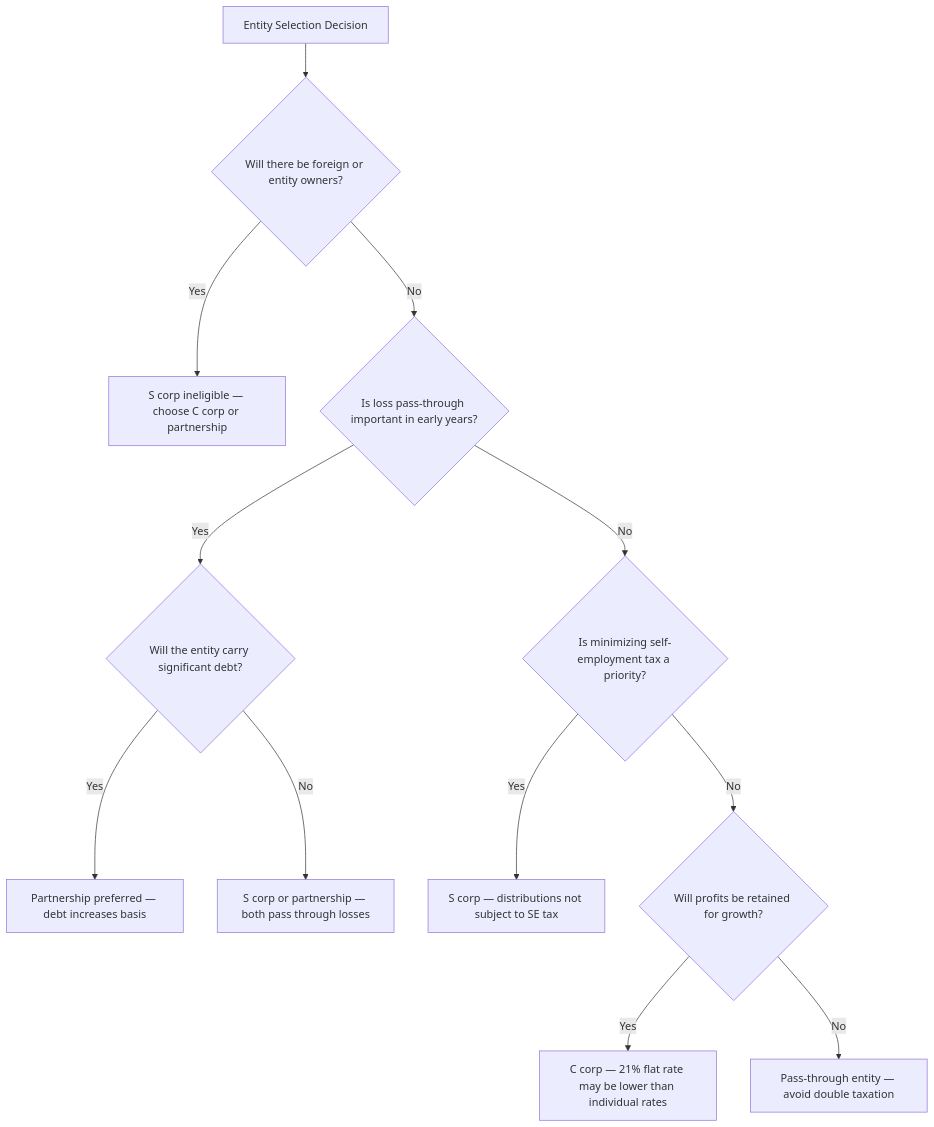
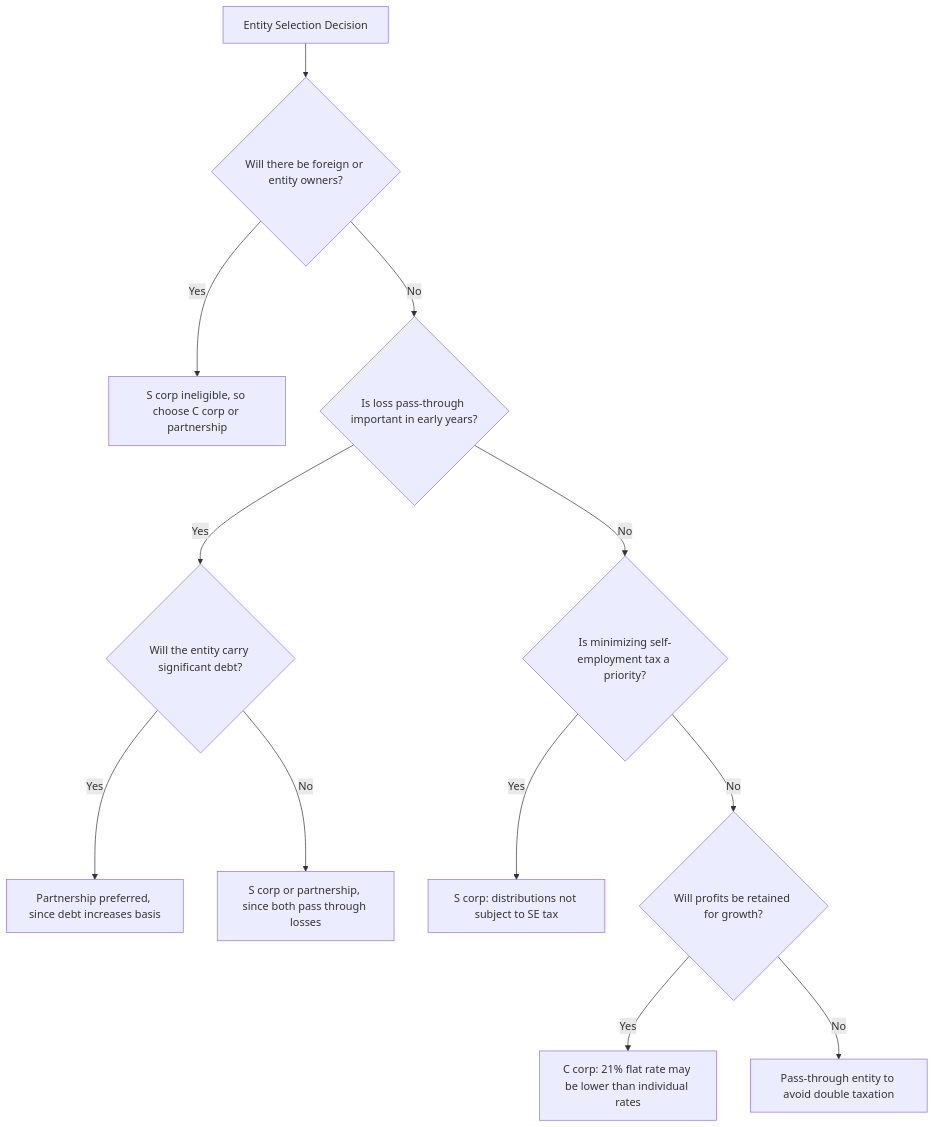
Before and after one commit to subwaymatch/cpabear-book: the diagram in docs/tcp/entity-tax-planning/formation-and-liquidation.md, drawn with Mermaid. The commit also changed other lines of this file and 222 other files, not shown here.

````diff
--- a/docs/tcp/entity-tax-planning/formation-and-liquidation.md
+++ b/docs/tcp/entity-tax-planning/formation-and-liquidation.md
@@ -36,14 +36,14 @@
 ```mermaid
 flowchart TD
     A[Entity Selection Decision] --> B{"Will there be foreign or entity owners?"}
-    B -->|Yes| C["S corp ineligible — choose C corp or partnership"]
+    B -->|Yes| C["S corp ineligible, so choose C corp or partnership"]
     B -->|No| D{"Is loss pass-through important in early years?"}
     D -->|Yes| E{"Will the entity carry significant debt?"}
-    E -->|Yes| F["Partnership preferred — debt increases basis"]
-    E -->|No| G["S corp or partnership — both pass through losses"]
+    E -->|Yes| F["Partnership preferred, since debt increases basis"]
+    E -->|No| G["S corp or partnership, since both pass through losses"]
     D -->|No| H{"Is minimizing self-employment tax a priority?"}
-    H -->|Yes| I["S corp — distributions not subject to SE tax"]
+    H -->|Yes| I["S corp: distributions not subject to SE tax"]
     H -->|No| J{"Will profits be retained for growth?"}
-    J -->|Yes| K["C corp — 21% flat rate may be lower than individual rates"]
-    J -->|No| L["Pass-through entity — avoid double taxation"]
+    J -->|Yes| K["C corp: 21% flat rate may be lower than individual rates"]
+    J -->|No| L["Pass-through entity to avoid double taxation"]
 ```
````
